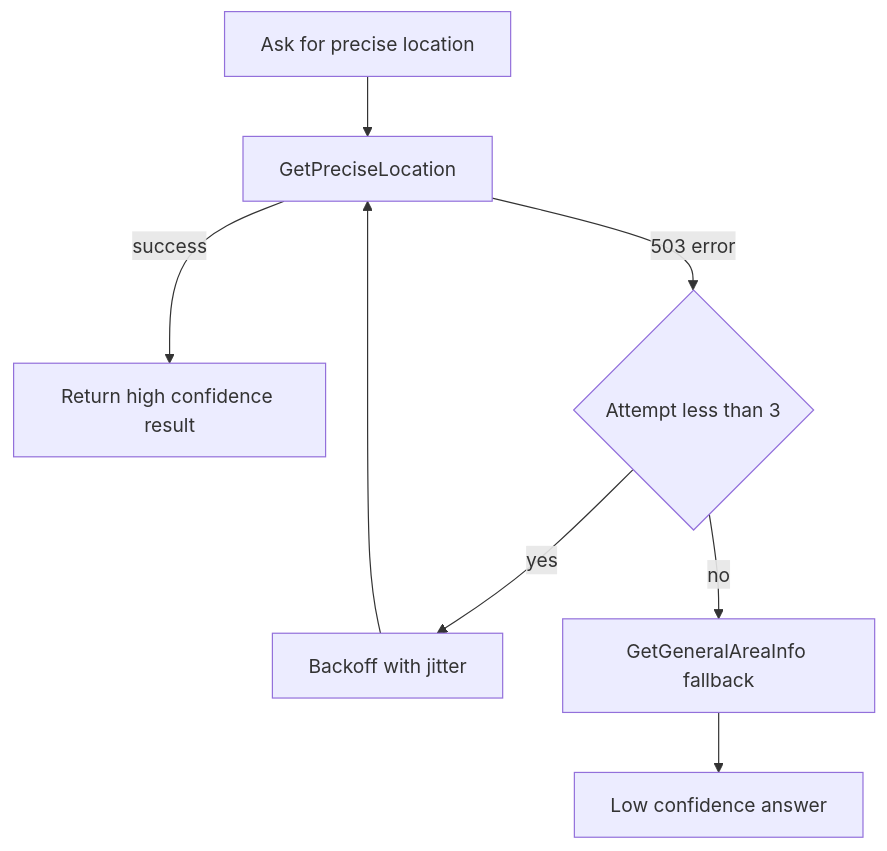
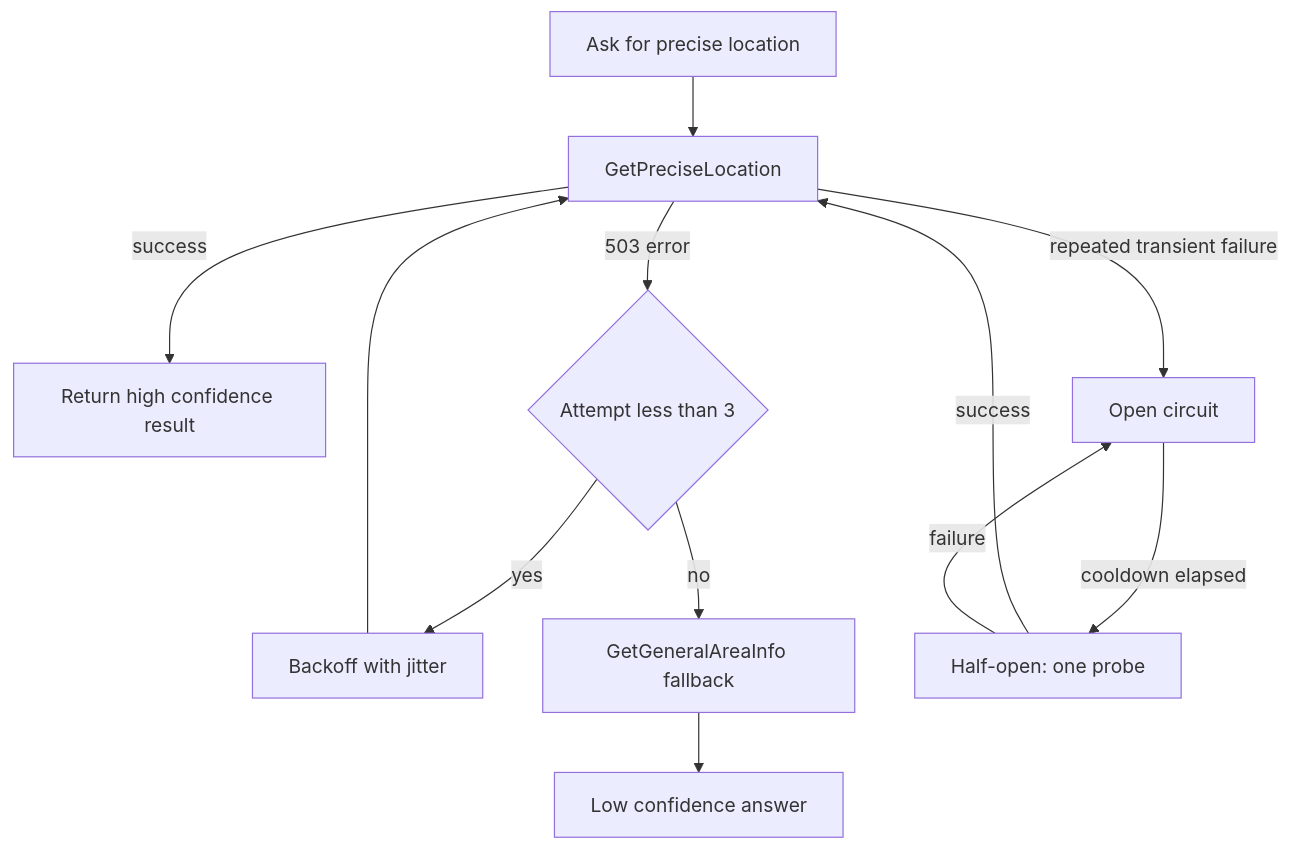
Before and after one commit to arst/agentic-patterns: the diagram in PatternExplorer/patterns/ExceptionHandlingAndRecovery.md, drawn with Mermaid. The commit also changed other lines of this file and 17 other files, not shown here.

````diff
--- a/PatternExplorer/patterns/ExceptionHandlingAndRecovery.md
+++ b/PatternExplorer/patterns/ExceptionHandlingAndRecovery.md
@@ -40,9 +43,13 @@
 ```mermaid
 flowchart TD
     A[Ask for precise location] --> P[GetPreciseLocation]
     P -->|success| OK[Return high confidence result]
     P -->|503 error| C{Attempt less than 3}
     C -->|yes| W[Backoff with jitter] --> P
     C -->|no| F[GetGeneralAreaInfo fallback]
     F --> D[Low confidence answer]
+    P -->|repeated transient failure| O[Open circuit]
+    O -->|cooldown elapsed| H[Half-open: one probe]
+    H -->|success| P
+    H -->|failure| O
 ```
````
